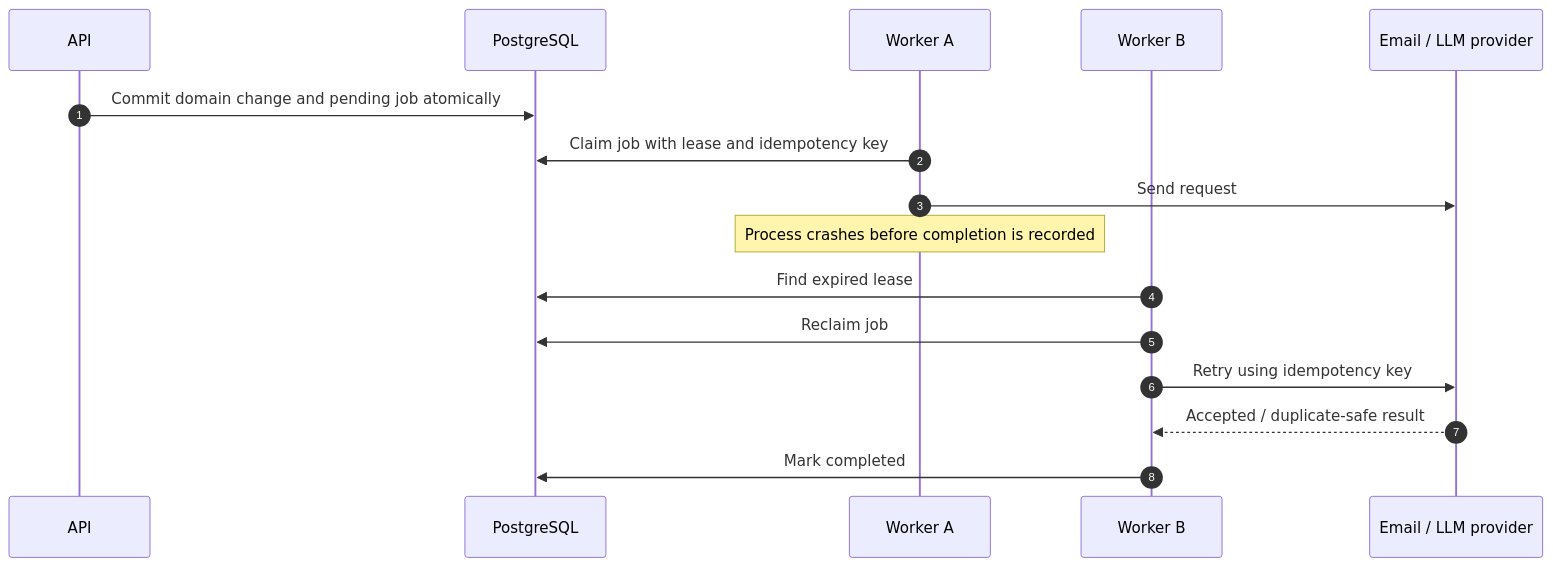
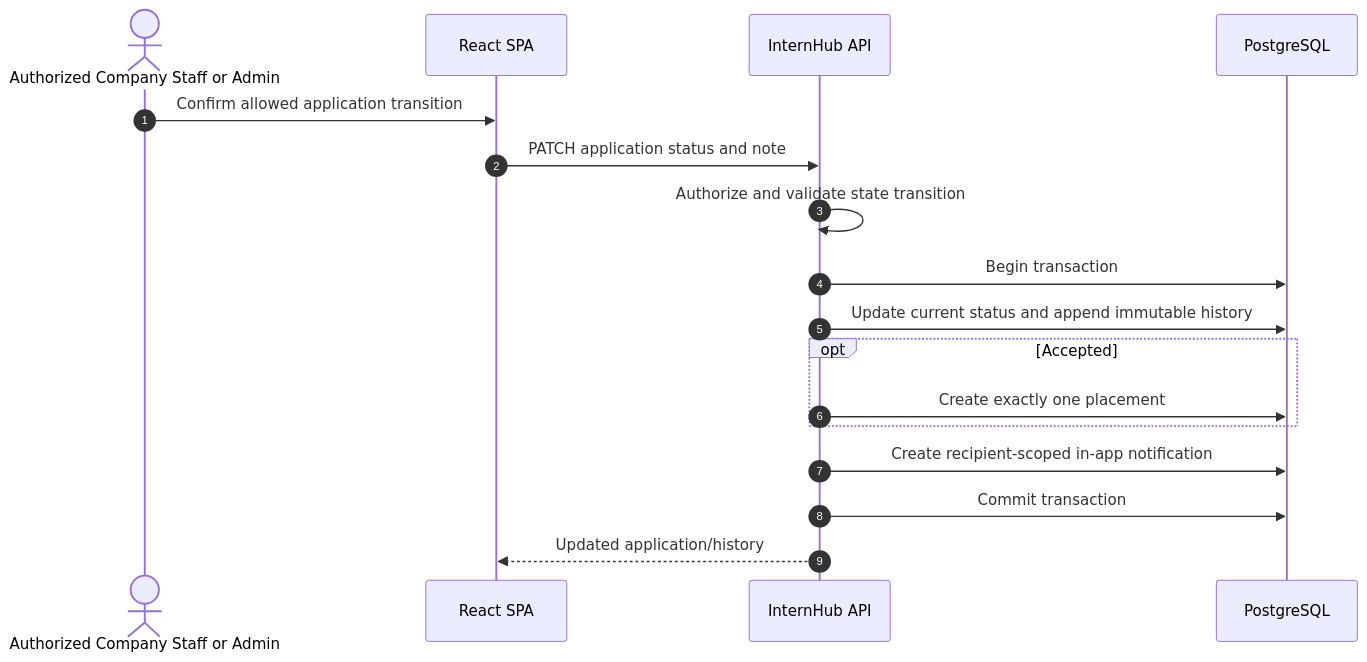
One commit to Binhdn04/DoanNhatBinh_PMDC_Intern_1109 changed the third of 3 diagrams in docs/architecture/c4/06-runtime-sequence-view.md. Above: the diagram before and after it, drawn with Mermaid. The commit also changed other lines of this file and 19 other files, not shown here.

````diff
--- a/docs/architecture/c4/06-runtime-sequence-view.md
+++ b/docs/architecture/c4/06-runtime-sequence-view.md
@@ -53,19 +61,20 @@
 ```mermaid
 sequenceDiagram
   autonumber
-  participant API
+  actor Staff as Authorized Company Staff or Admin
+  participant SPA as React SPA
+  participant API as InternHub API
   participant DB as PostgreSQL
-  participant W1 as Worker A
-  participant W2 as Worker B
-  participant Provider as Email / LLM provider
 
-  API->>DB: Commit domain change and pending job atomically
-  W1->>DB: Claim job with lease and idempotency key
-  W1->>Provider: Send request
-  Note over W1: Process crashes before completion is recorded
-  W2->>DB: Find expired lease
-  W2->>DB: Reclaim job
-  W2->>Provider: Retry using idempotency key
-  Provider-->>W2: Accepted / duplicate-safe result
-  W2->>DB: Mark completed
+  Staff->>SPA: Confirm allowed application transition
+  SPA->>API: PATCH application status and note
+  API->>API: Authorize and validate state transition
+  API->>DB: Begin transaction
+  API->>DB: Update current status and append immutable history
+  opt Accepted
+    API->>DB: Create exactly one placement
+  end
+  API->>DB: Create recipient-scoped in-app notification
+  API->>DB: Commit transaction
+  API-->>SPA: Updated application/history
 ```
````
